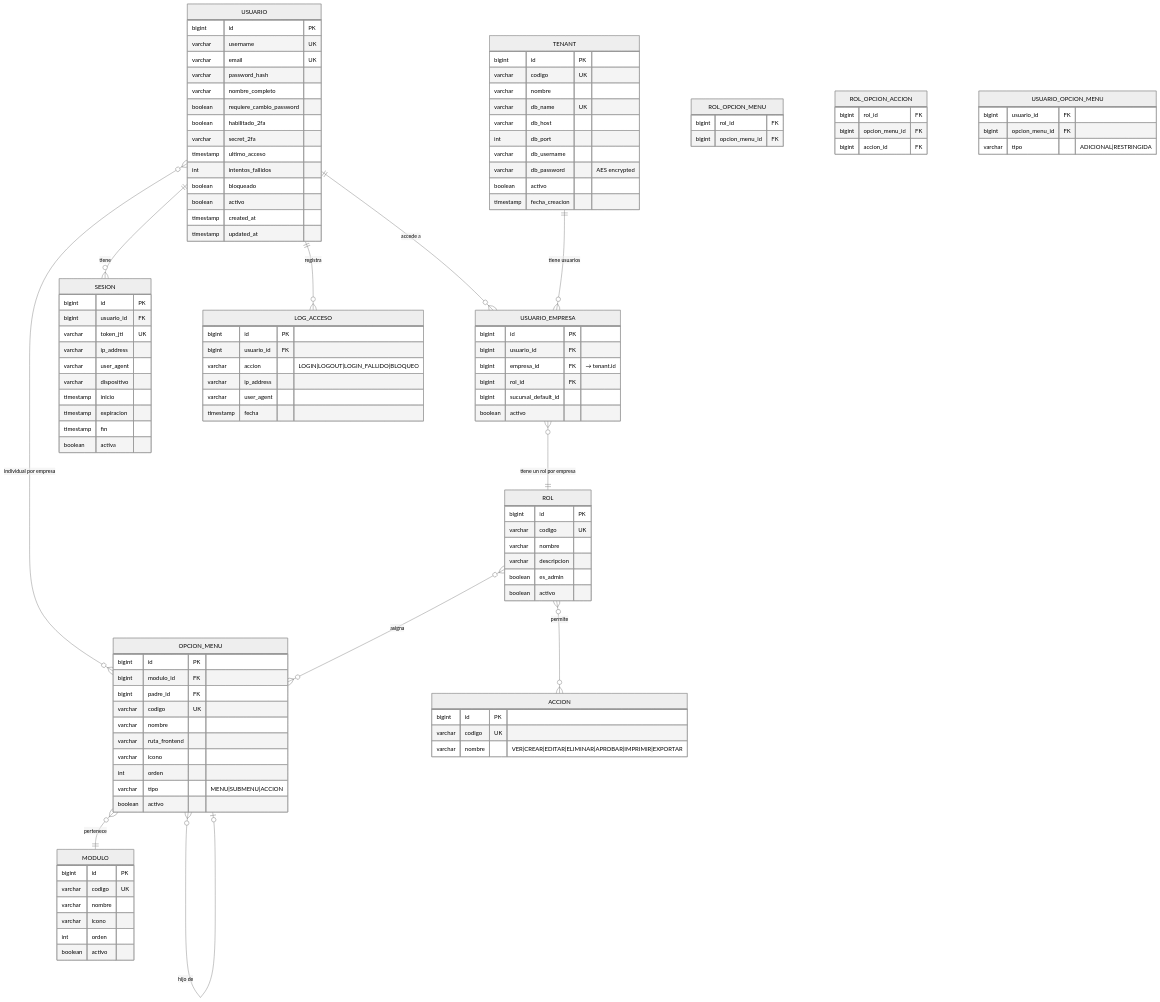
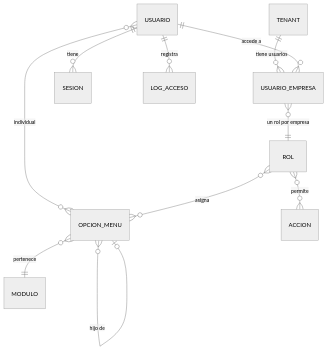
One commit to jramirezch1978/sigre_web changed diagram 19 of 52 in restaurante.pe/ARQUITECTURA_RESTAURANT_PE.md. Above: the diagram before and after it, drawn with Mermaid (neutral theme). The commit also changed other lines of this file and 1 other file, not shown here.

Commit message:
refactor: Extraer diseno detallado de BD a DISENO_BASE_DATOS.md - simplificar ER en arquitectura a solo entidades y relaciones

````diff
--- a/restaurante.pe/ARQUITECTURA_RESTAURANT_PE.md
+++ b/restaurante.pe/ARQUITECTURA_RESTAURANT_PE.md
@@ -3946,114 +3750,11 @@
 ```mermaid
 erDiagram
-    TENANT {
-        bigint id PK
-        varchar codigo UK
-        varchar nombre
-        varchar db_name UK
-        varchar db_host
-        int db_port
-        varchar db_username
-        varchar db_password "AES encrypted"
-        boolean activo
-        timestamp fecha_creacion
-    }
-    USUARIO {
-        bigint id PK
-        varchar username UK
-        varchar email UK
-        varchar password_hash
-        varchar nombre_completo
-        boolean requiere_cambio_password
-        boolean habilitado_2fa
-        varchar secret_2fa
-        timestamp ultimo_acceso
-        int intentos_fallidos
-        boolean bloqueado
-        boolean activo
-        timestamp created_at
-        timestamp updated_at
-    }
-    USUARIO_EMPRESA {
-        bigint id PK
-        bigint usuario_id FK
-        bigint empresa_id FK "→ tenant.id"
-        bigint rol_id FK
-        bigint sucursal_default_id
-        boolean activo
-    }
-    ROL {
-        bigint id PK
-        varchar codigo UK
-        varchar nombre
-        varchar descripcion
-        boolean es_admin
-        boolean activo
-    }
-    MODULO {
-        bigint id PK
-        varchar codigo UK
-        varchar nombre
-        varchar icono
-        int orden
-        boolean activo
-    }
-    OPCION_MENU {
-        bigint id PK
-        bigint modulo_id FK
-        bigint padre_id FK
-        varchar codigo UK
-        varchar nombre
-        varchar ruta_frontend
-        varchar icono
-        int orden
-        varchar tipo "MENU|SUBMENU|ACCION"
-        boolean activo
-    }
-    ACCION {
-        bigint id PK
-        varchar codigo UK
-        varchar nombre "VER|CREAR|EDITAR|ELIMINAR|APROBAR|IMPRIMIR|EXPORTAR"
-    }
-    ROL_OPCION_MENU {
-        bigint rol_id FK
-        bigint opcion_menu_id FK
-    }
-    ROL_OPCION_ACCION {
-        bigint rol_id FK
-        bigint opcion_menu_id FK
-        bigint accion_id FK
-    }
-    USUARIO_OPCION_MENU {
-        bigint usuario_id FK
-        bigint opcion_menu_id FK
-        varchar tipo "ADICIONAL|RESTRINGIDA"
-    }
-    SESION {
-        bigint id PK
-        bigint usuario_id FK
-        varchar token_jti UK
-        varchar ip_address
-        varchar user_agent
-        varchar dispositivo
-        timestamp inicio
-        timestamp expiracion
-        timestamp fin
-        boolean activa
-    }
-    LOG_ACCESO {
-        bigint id PK
-        bigint usuario_id FK
-        varchar accion "LOGIN|LOGOUT|LOGIN_FALLIDO|BLOQUEO"
-        varchar ip_address
-        varchar user_agent
-        timestamp fecha
-    }
+    TENANT ||--o{ USUARIO_EMPRESA : "tiene usuarios"
     USUARIO ||--o{ USUARIO_EMPRESA : "accede a"
-    TENANT ||--o{ USUARIO_EMPRESA : "tiene usuarios"
-    USUARIO_EMPRESA }o--|| ROL : "tiene un rol por empresa"
+    USUARIO_EMPRESA }o--|| ROL : "un rol por empresa"
     USUARIO ||--o{ SESION : "tiene"
     USUARIO ||--o{ LOG_ACCESO : "registra"
-    USUARIO }o--o{ OPCION_MENU : "individual por empresa"
+    USUARIO }o--o{ OPCION_MENU : "individual"
     ROL }o--o{ OPCION_MENU : "asigna"
     ROL }o--o{ ACCION : "permite"
     OPCION_MENU }o--|| MODULO : "pertenece"
````
